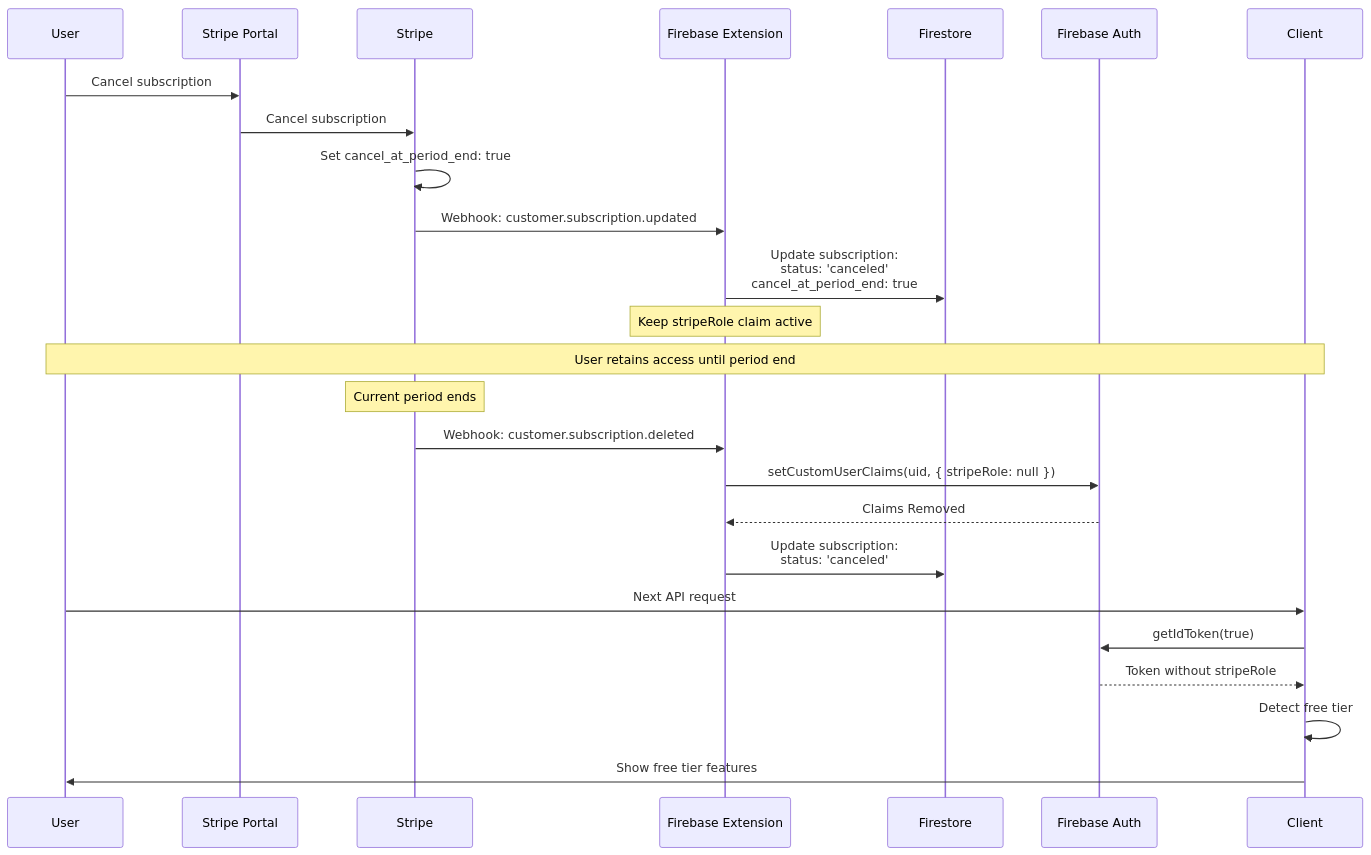
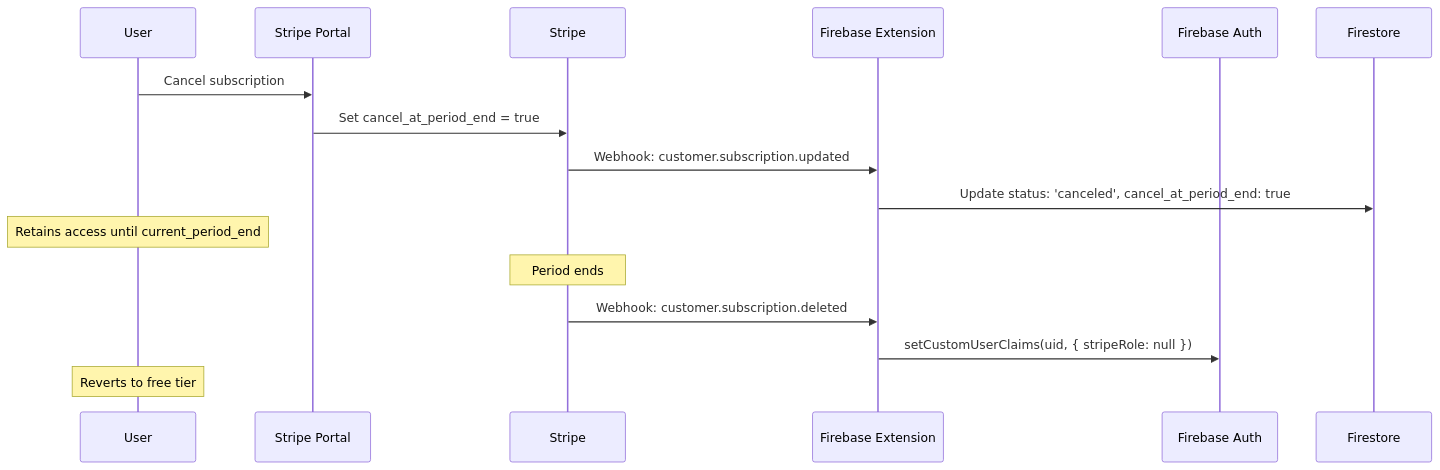
Before and after one commit to KennethAtchon/ContentAI: the third of 3 diagrams in docs/architecture/domain/subscription-system.md, drawn with Mermaid. The commit also changed other lines of this file and 12 other files, not shown here.

First line of the commit message:
docs: Update architecture documentation to reflect ReelStudio's current tech stack and implementation

````diff
--- a/docs/architecture/domain/subscription-system.md
+++ b/docs/architecture/domain/subscription-system.md
@@ -434,32 +192,19 @@
 ```mermaid
 sequenceDiagram
     participant User
     participant Stripe Portal
     participant Stripe
     participant Firebase Extension
-    participant Firestore
     participant Firebase Auth
-    participant Client
 
     User->>Stripe Portal: Cancel subscription
-    Stripe Portal->>Stripe: Cancel subscription
-    Stripe->>Stripe: Set cancel_at_period_end: true
-    
+    Stripe Portal->>Stripe: Set cancel_at_period_end = true
     Stripe->>Firebase Extension: Webhook: customer.subscription.updated
-    Firebase Extension->>Firestore: Update subscription:<br/>status: 'canceled'<br/>cancel_at_period_end: true
-    Note over Firebase Extension: Keep stripeRole claim active
-    
-    Note over User,Client: User retains access until period end
-    
-    Note over Stripe: Current period ends
+    Firebase Extension->>Firestore: Update status: 'canceled', cancel_at_period_end: true
+    Note over User: Retains access until current_period_end
+
+    Note over Stripe: Period ends
     Stripe->>Firebase Extension: Webhook: customer.subscription.deleted
     Firebase Extension->>Firebase Auth: setCustomUserClaims(uid, { stripeRole: null })
-    Firebase Auth-->>Firebase Extension: Claims Removed
-    Firebase Extension->>Firestore: Update subscription:<br/>status: 'canceled'
-    
-    User->>Client: Next API request
-    Client->>Firebase Auth: getIdToken(true)
-    Firebase Auth-->>Client: Token without stripeRole
-    Client->>Client: Detect free tier
-    Client->>User: Show free tier features
+    Note over User: Reverts to free tier
 ```
````
